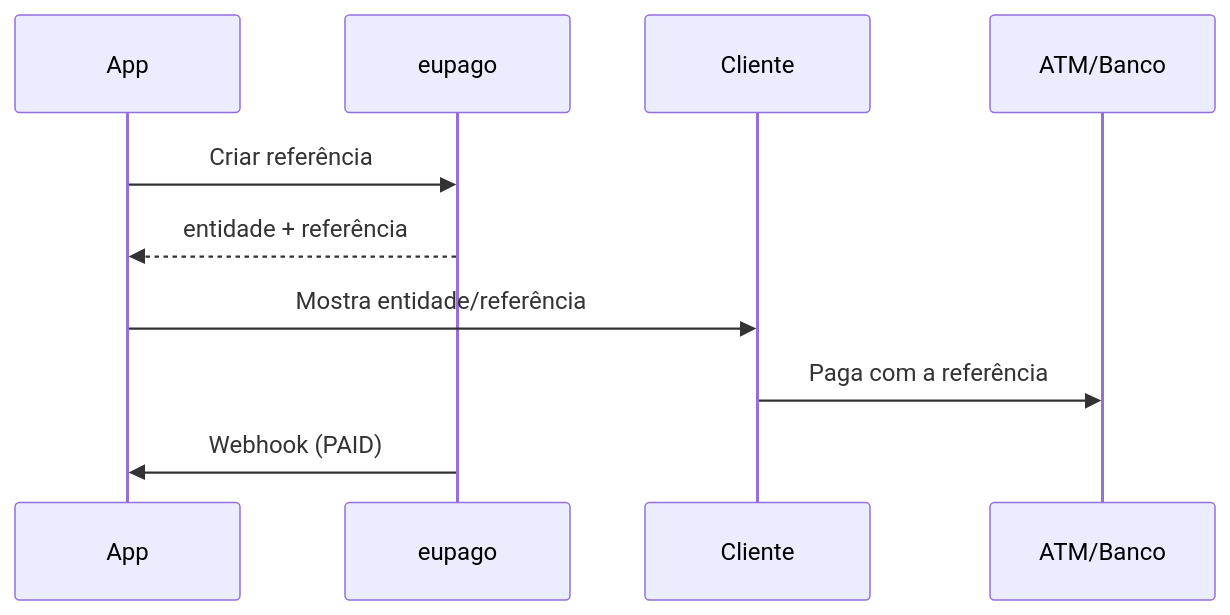
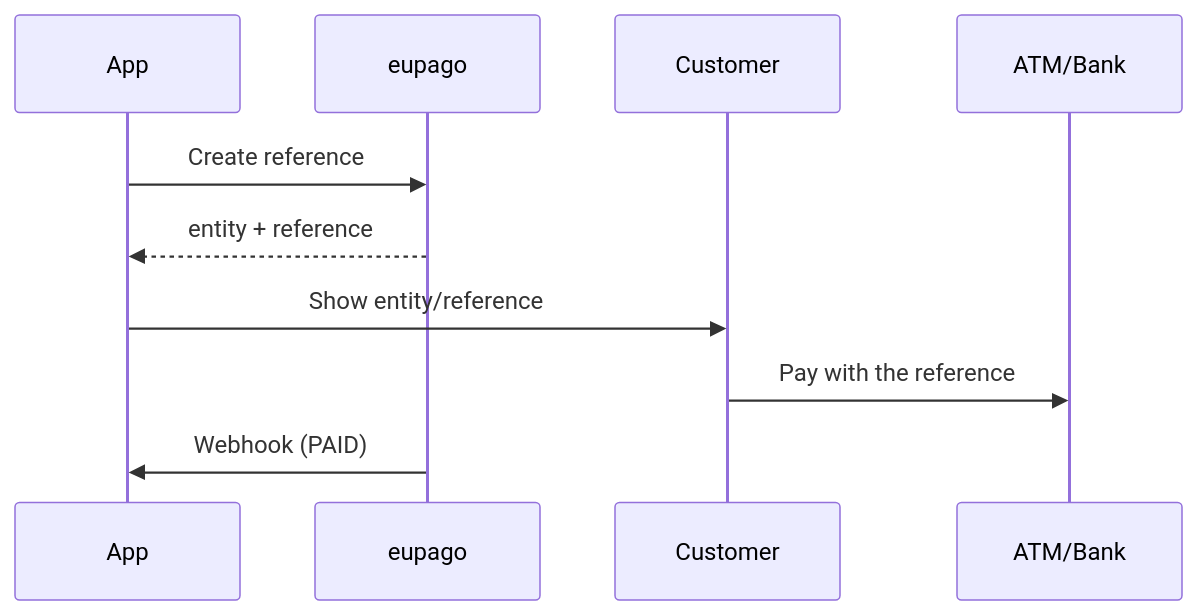
One commit to bilouro/eupago-python changed the second of 3 diagrams in docs/payments/index.md. Above: the diagram before and after it, drawn with Mermaid. The commit also changed other lines of this file and 50 other files, not shown here.

````diff
--- a/docs/payments/index.md
+++ b/docs/payments/index.md
@@ -33,11 +33,11 @@
 ```mermaid
 sequenceDiagram
     participant App
     participant eupago
-    participant Cliente
-    App->>eupago: Criar referência
-    eupago-->>App: entidade + referência
-    App->>Cliente: Mostra entidade/referência
-    Cliente->>ATM/Banco: Paga com a referência
+    participant Customer
+    App->>eupago: Create reference
+    eupago-->>App: entity + reference
+    App->>Customer: Show entity/reference
+    Customer->>ATM/Bank: Pay with the reference
     eupago->>App: Webhook (PAID)
 ```
````
